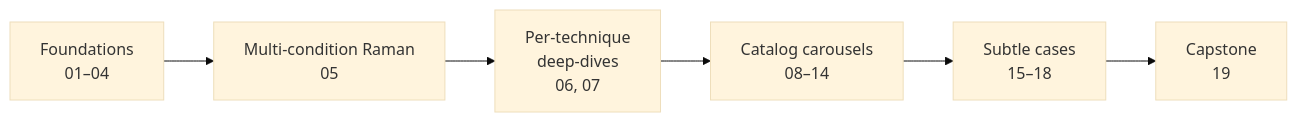
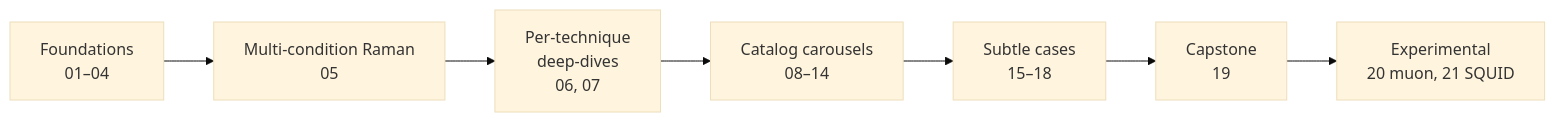
One commit to sonoransun/checkmsg changed the diagram in docs/curriculum.md. Above: the diagram before and after it, drawn with Mermaid (base theme). The commit also changed other lines of this file and 19 other files, not shown here.

````diff
--- a/docs/curriculum.md
+++ b/docs/curriculum.md
@@ -7,8 +7,9 @@
 ```mermaid
 flowchart LR
     A["Foundations<br/>01–04"] --> B["Multi-condition Raman<br/>05"]
     B --> C["Per-technique<br/>deep-dives<br/>06, 07"]
     C --> D["Catalog carousels<br/>08–14"]
     D --> E["Subtle cases<br/>15–18"]
     E --> F["Capstone<br/>19"]
+    F --> G["Experimental<br/>20 muon, 21 SQUID"]
 ```
````
